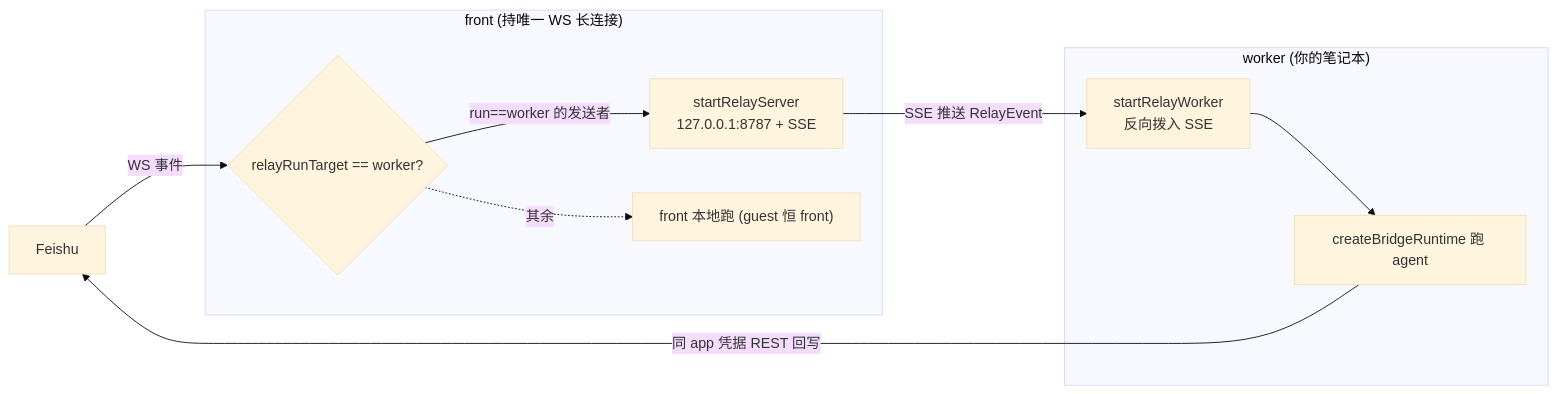
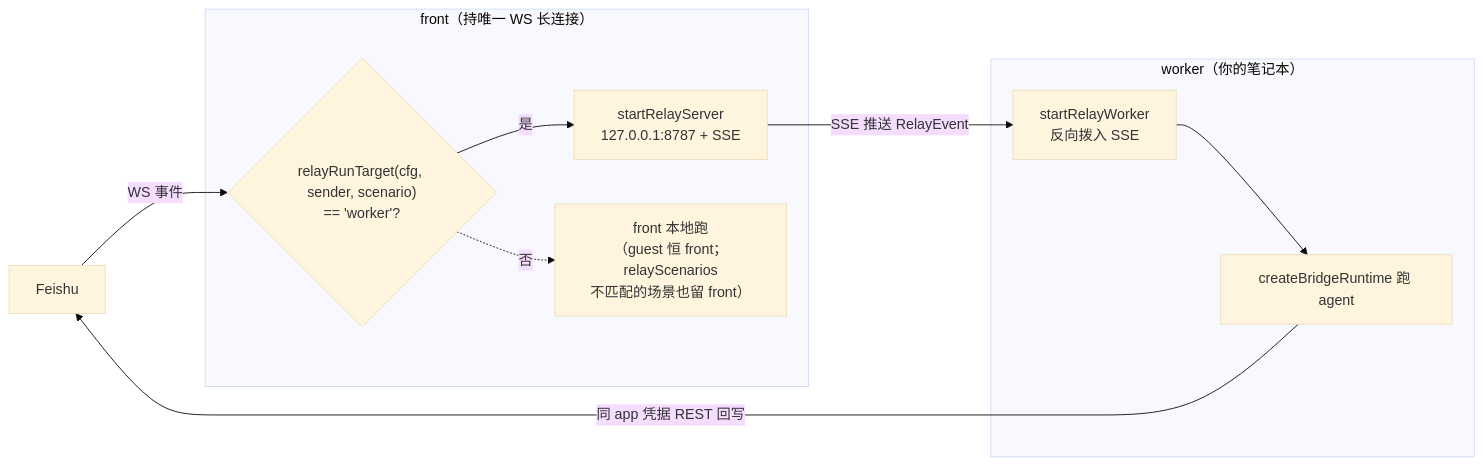
One commit to sorphwer/feishu-omp-bridge changed the third of 5 diagrams in how-it-works/03-feishu-transport.md. Above: the diagram before and after it, drawn with Mermaid (base theme). The commit also changed other lines of this file and 12 other files, not shown here.

````diff
--- a/how-it-works/03-feishu-transport.md
+++ b/how-it-works/03-feishu-transport.md
@@ -117,19 +123,19 @@
 ```mermaid
 flowchart LR
   F["Feishu"]
-  subgraph FRONT["front (持唯一 WS 长连接)"]
-    RT{"relayRunTarget == worker?"}
+  subgraph FRONT["front（持唯一 WS 长连接）"]
+    RT{"relayRunTarget(cfg, sender, scenario)<br/>== 'worker'?"}
     SRV["startRelayServer<br/>127.0.0.1:8787 + SSE"]
-    LOCAL["front 本地跑 (guest 恒 front)"]
+    LOCAL["front 本地跑<br/>（guest 恒 front；relayScenarios<br/>不匹配的场景也留 front）"]
   end
-  subgraph WORKER["worker (你的笔记本)"]
+  subgraph WORKER["worker（你的笔记本）"]
     WK["startRelayWorker<br/>反向拨入 SSE"]
     RUN["createBridgeRuntime 跑 agent"]
   end
   F -->|"WS 事件"| RT
-  RT -->|"run==worker 的发送者"| SRV
-  RT -.->|"其余"| LOCAL
+  RT -->|是| SRV
+  RT -.->|否| LOCAL
   SRV -->|"SSE 推送 RelayEvent"| WK
   WK --> RUN
   RUN -->|"同 app 凭据 REST 回写"| F
 ```
````
